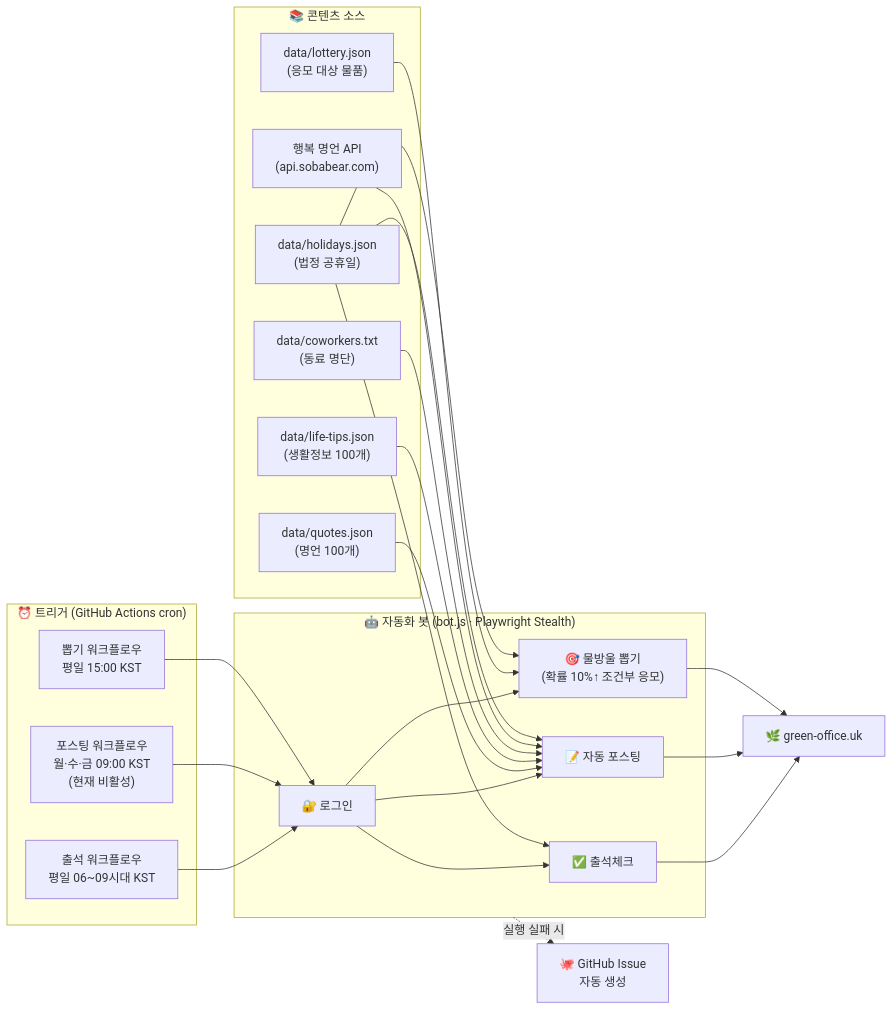
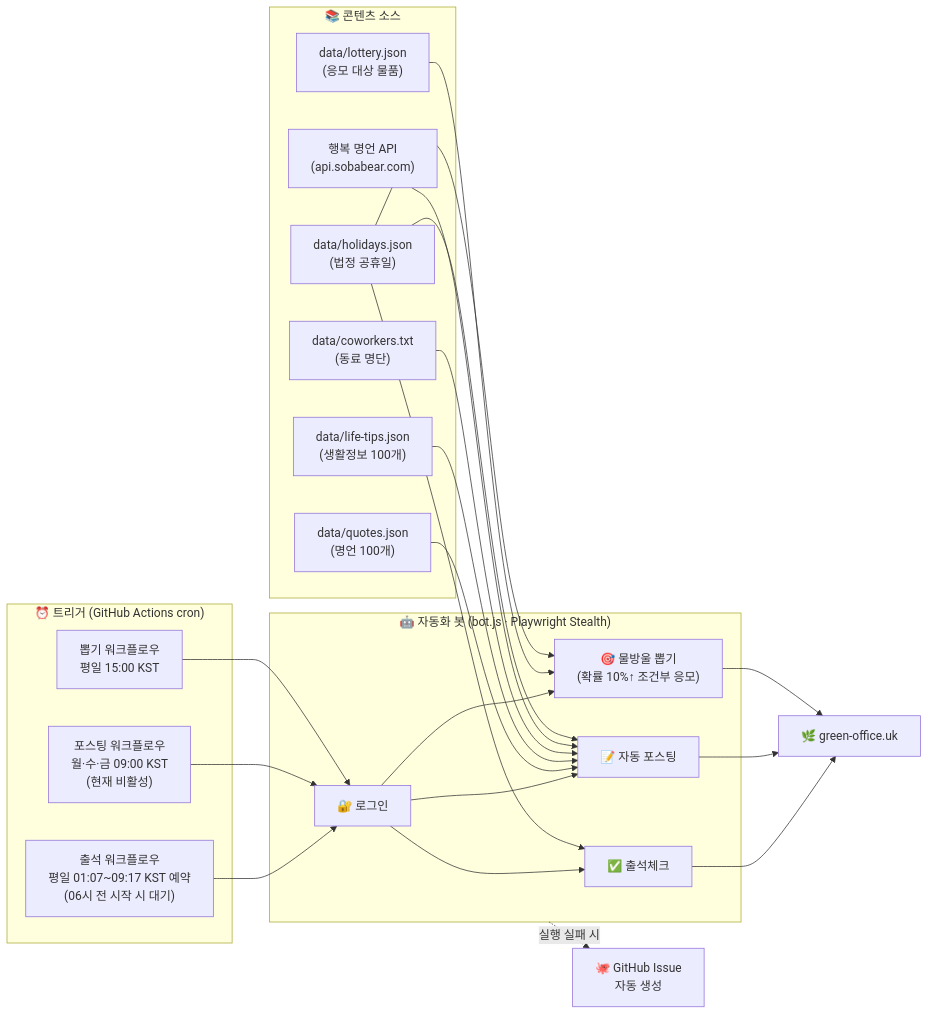
One commit to leemgs/green-office-agent changed the first of 3 diagrams in README.md. Above: the diagram before and after it, drawn with Mermaid. The commit also changed other lines of this file and 3 other files, not shown here.

````diff
--- a/README.md
+++ b/README.md
@@ -11,46 +11,46 @@
 ```mermaid
 flowchart LR
     subgraph TRIGGER["⏰ 트리거 (GitHub Actions cron)"]
-        A1["출석 워크플로우<br/>평일 06~09시대 KST"]
+        A1["출석 워크플로우<br/>평일 01:07~09:17 KST 예약<br/>(06시 전 시작 시 대기)"]
         A2["포스팅 워크플로우<br/>월·수·금 09:00 KST<br/>(현재 비활성)"]
         A3["뽑기 워크플로우<br/>평일 15:00 KST"]
     end
 
     subgraph SRC["📚 콘텐츠 소스"]
         Q["data/quotes.json<br/>(명언 100개)"]
         L["data/life-tips.json<br/>(생활정보 100개)"]
         C["data/coworkers.txt<br/>(동료 명단)"]
         LOT["data/lottery.json<br/>(응모 대상 물품)"]
         HOL["data/holidays.json<br/>(법정 공휴일)"]
         API["행복 명언 API<br/>(api.sobabear.com)"]
     end
 
     subgraph BOT["🤖 자동화 봇 (bot.js · Playwright Stealth)"]
         LOGIN["🔐 로그인"]
         ATT["✅ 출석체크"]
         POST["📝 자동 포스팅"]
         LOTTERY["🎯 물방울 뽑기<br/>(확률 10%↑ 조건부 응모)"]
         LOGIN --> ATT
         LOGIN --> POST
         LOGIN --> LOTTERY
     end
 
     SITE["🌿 green-office.uk"]
     ISSUE["🐙 GitHub Issue<br/>자동 생성"]
 
     A1 --> LOGIN
     A2 --> LOGIN
     A3 --> LOGIN
     Q --> POST
     L --> POST
     C --> POST
     API --> POST
     LOT --> LOTTERY
     HOL --> ATT
     HOL --> LOTTERY
     HOL --> POST
     ATT --> SITE
     POST --> SITE
     LOTTERY --> SITE
     BOT -. 실행 실패 시 .-> ISSUE
 ```
````
